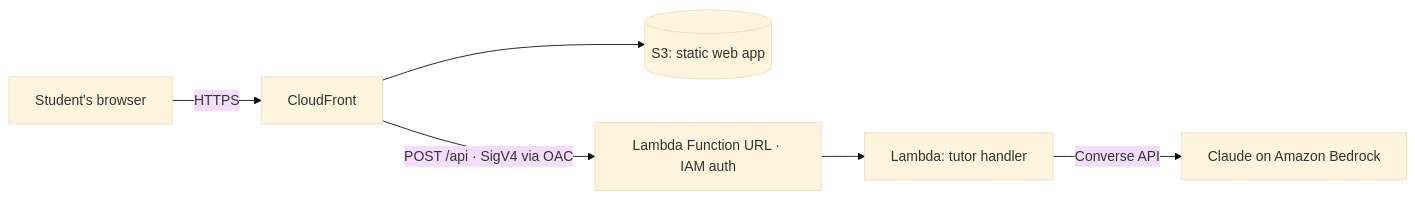
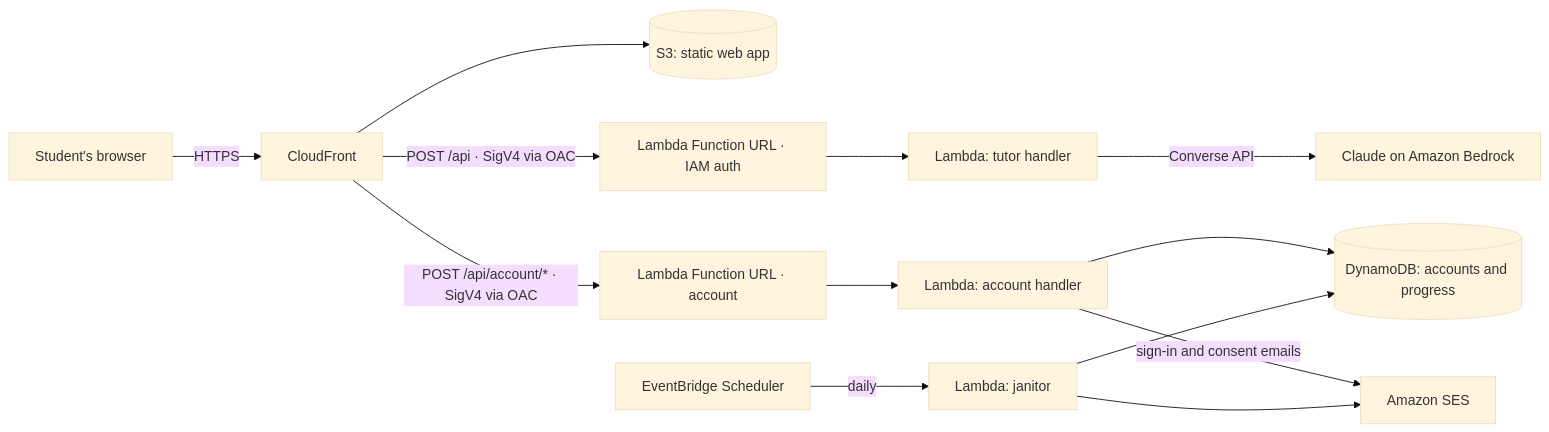
One commit to chrisfixesit/Sumdeting changed the diagram in README.md. Above: the diagram before and after it, drawn with Mermaid (base theme). The commit also changed other lines of this file and 5 other files, not shown here.

````diff
--- a/README.md
+++ b/README.md
@@ -15,8 +15,15 @@
 ```mermaid
 flowchart LR
     U[Student's browser] -->|HTTPS| CF[CloudFront]
     CF --> S3[(S3: static web app)]
     CF -->|POST /api · SigV4 via OAC| FU[Lambda Function URL · IAM auth]
     FU --> L[Lambda: tutor handler]
     L -->|Converse API| B[Claude on Amazon Bedrock]
+    CF -->|POST /api/account/* · SigV4 via OAC| AU[Lambda Function URL · account]
+    AU --> AL[Lambda: account handler]
+    AL --> D[(DynamoDB: accounts and progress)]
+    AL -->|sign-in and consent emails| SES[Amazon SES]
+    EB[EventBridge Scheduler] -->|daily| J[Lambda: janitor]
+    J --> D
+    J --> SES
 ```
````
